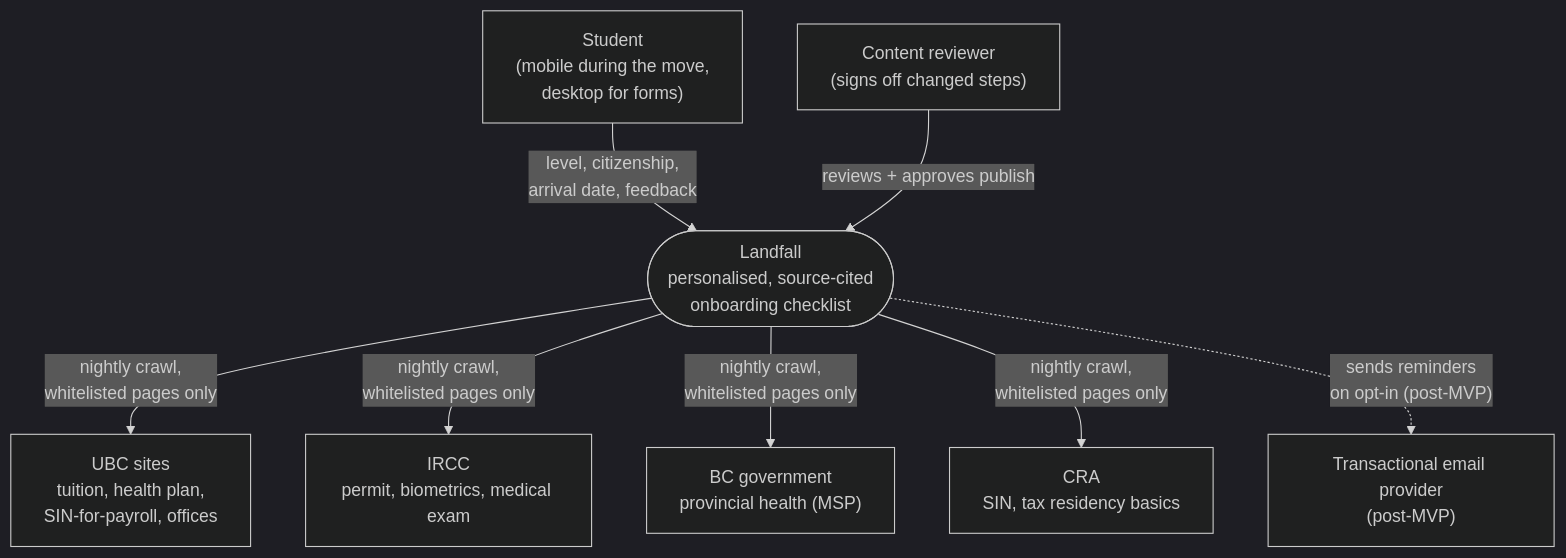
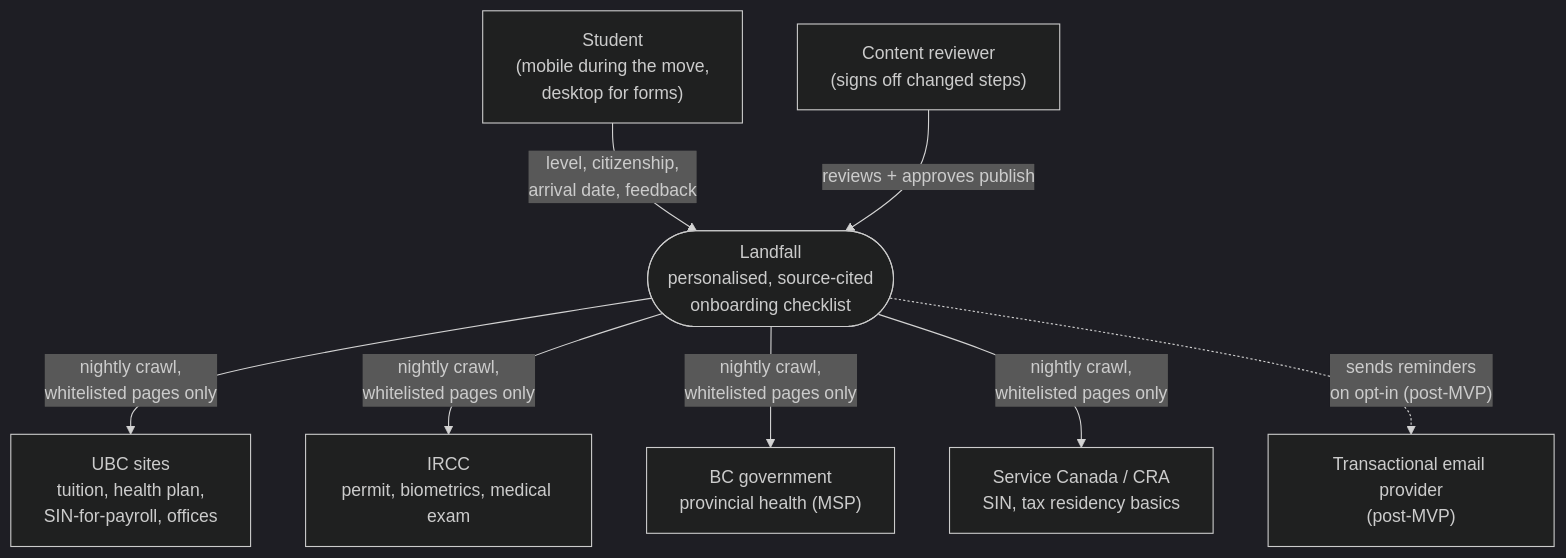
One commit to bvamith95/buildathon-testing changed the first of 8 diagrams in docs/architecture.md. Above: the diagram before and after it, drawn with Mermaid (dark theme). The commit also changed 6 other files, not shown here.

First line of the commit message:
Sign off whitelist URLs, correct CRA/Service Canada terminology

````diff
--- a/docs/architecture.md
+++ b/docs/architecture.md
@@ -9,21 +9,21 @@
 ```mermaid
 flowchart TB
   Student["Student<br/>(mobile during the move,<br/>desktop for forms)"]
   Reviewer["Content reviewer<br/>(signs off changed steps)"]
 
   Landfall(["Landfall<br/>personalised, source-cited<br/>onboarding checklist"])
 
   UBC["UBC sites<br/>tuition, health plan,<br/>SIN-for-payroll, offices"]
   IRCC["IRCC<br/>permit, biometrics, medical exam"]
   BC["BC government<br/>provincial health (MSP)"]
-  CRA["CRA<br/>SIN, tax residency basics"]
+  CRA["Service Canada / CRA<br/>SIN, tax residency basics"]
   Email["Transactional email provider<br/>(post-MVP)"]
 
   Student -->|"level, citizenship,<br/>arrival date, feedback"| Landfall
   Reviewer -->|"reviews + approves publish"| Landfall
   Landfall -->|"nightly crawl,<br/>whitelisted pages only"| UBC
   Landfall -->|"nightly crawl,<br/>whitelisted pages only"| IRCC
   Landfall -->|"nightly crawl,<br/>whitelisted pages only"| BC
   Landfall -->|"nightly crawl,<br/>whitelisted pages only"| CRA
   Landfall -.->|"sends reminders<br/>on opt-in (post-MVP)"| Email
 ```
````
